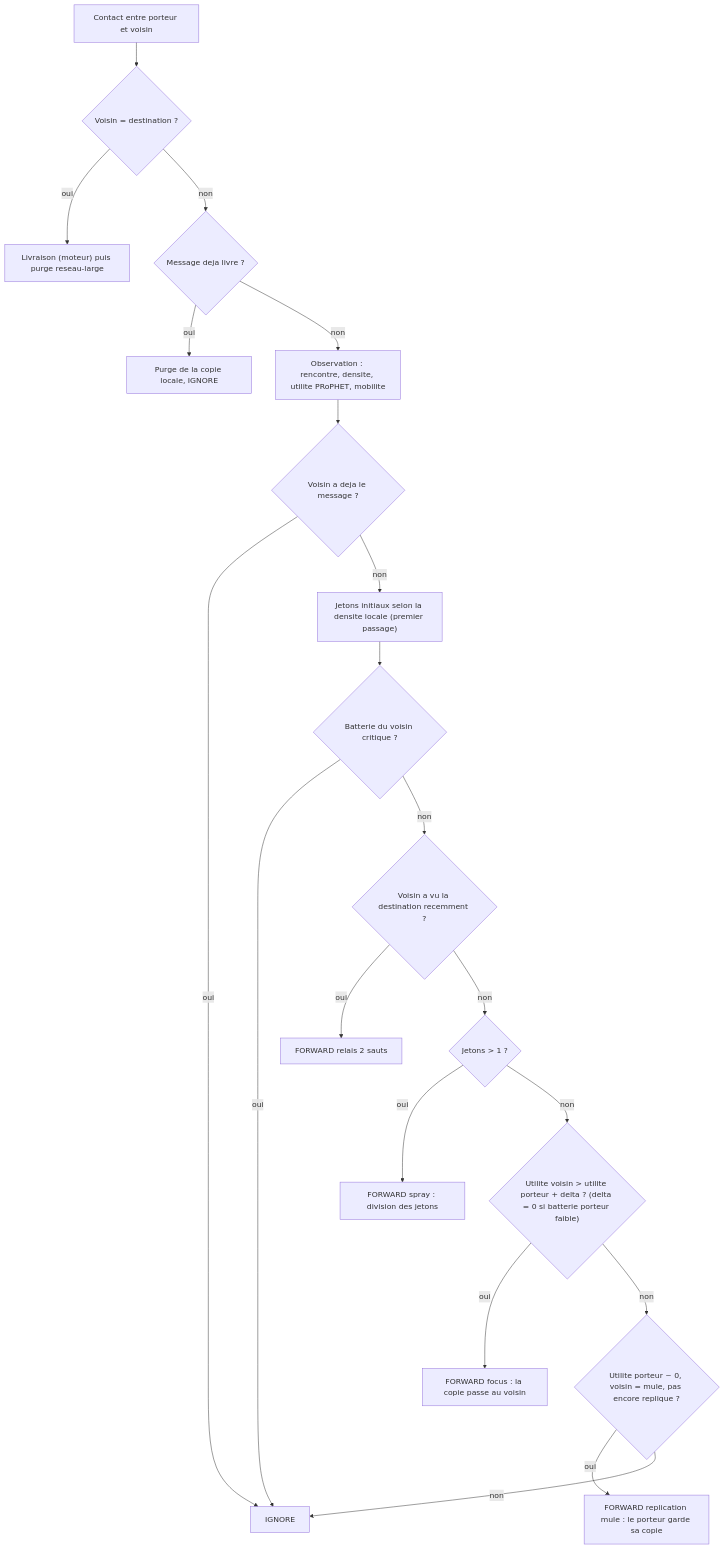
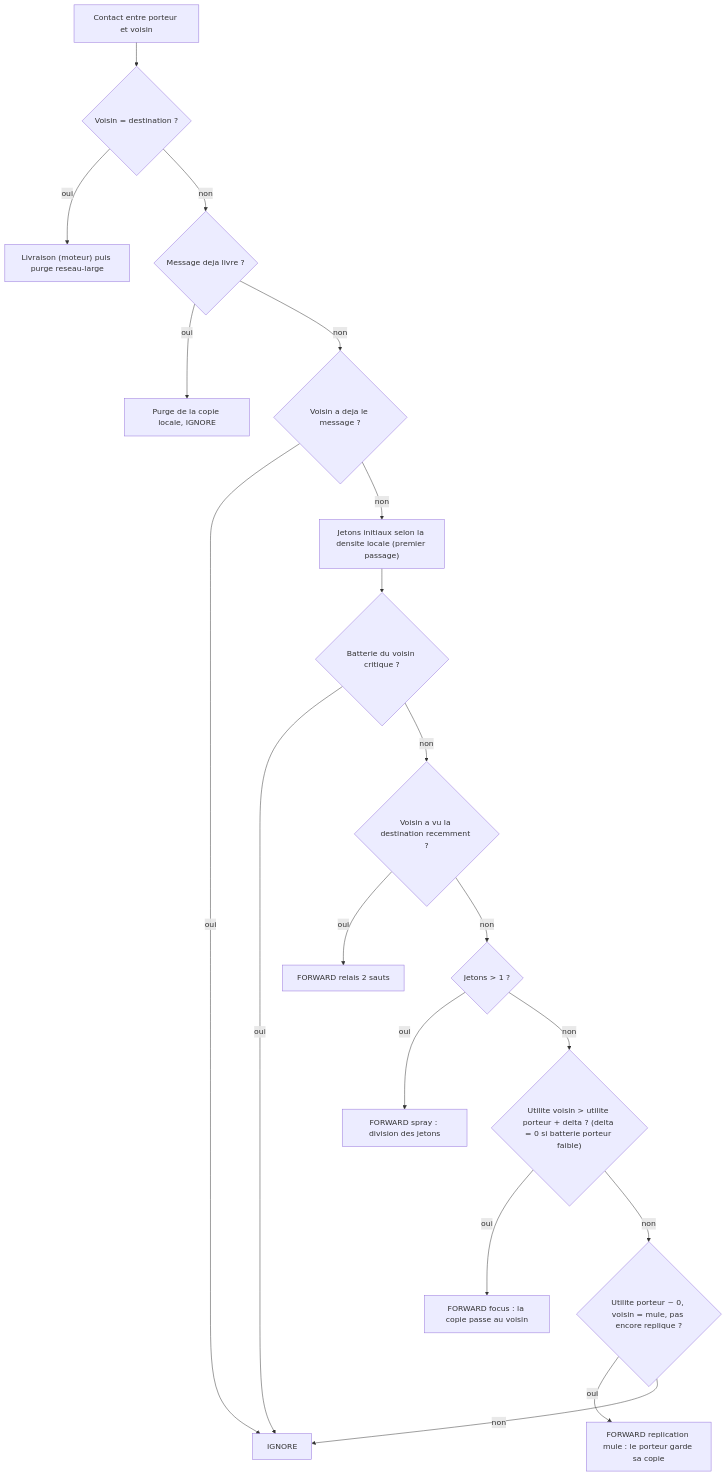
Before and after one commit to NICE-CINE/simuation-test: the diagram in docs/algorithmes/dasfv.md, drawn with Mermaid. The commit also changed other lines of this file and 3 other files, not shown here.

````diff
--- a/docs/algorithmes/dasfv.md
+++ b/docs/algorithmes/dasfv.md
@@ -24,22 +29,21 @@
 ```mermaid
 flowchart TD
     A["Contact entre porteur et voisin"] --> B{"Voisin = destination ?"}
     B -- oui --> L["Livraison (moteur) puis purge reseau-large"]
     B -- non --> P{"Message deja livre ?"}
     P -- oui --> X["Purge de la copie locale, IGNORE"]
-    P -- non --> O["Observation : rencontre, densite, utilite PRoPHET, mobilite"]
-    O --> C{"Voisin a deja le message ?"}
+    P -- non --> C{"Voisin a deja le message ?"}
     C -- oui --> I["IGNORE"]
     C -- non --> T["Jetons initiaux selon la densite locale (premier passage)"]
     T --> BAT{"Batterie du voisin critique ?"}
     BAT -- oui --> I
     BAT -- non --> H{"Voisin a vu la destination recemment ?"}
     H -- oui --> F1["FORWARD relais 2 sauts"]
     H -- non --> S{"Jetons > 1 ?"}
     S -- oui --> F2["FORWARD spray : division des jetons"]
     S -- non --> U{"Utilite voisin > utilite porteur + delta ? (delta = 0 si batterie porteur faible)"}
     U -- oui --> F3["FORWARD focus : la copie passe au voisin"]
     U -- non --> M{"Utilite porteur ~ 0, voisin = mule, pas encore replique ?"}
     M -- oui --> F4["FORWARD replication mule : le porteur garde sa copie"]
     M -- non --> I
 ```
````
